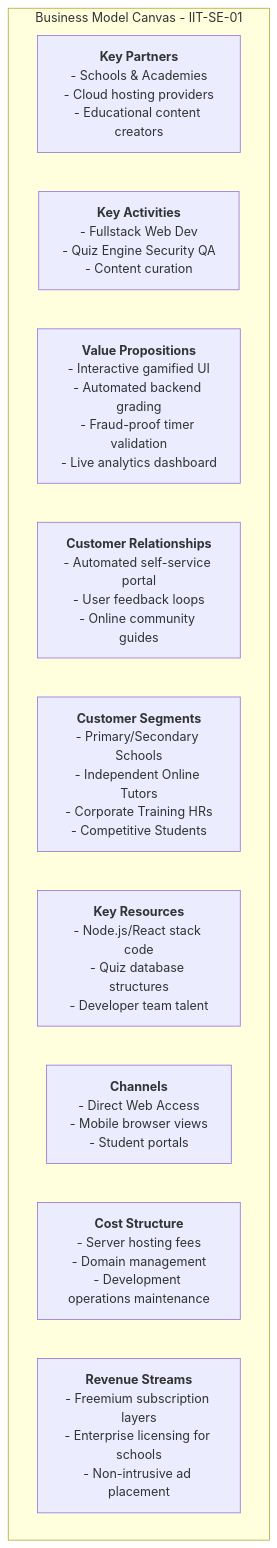
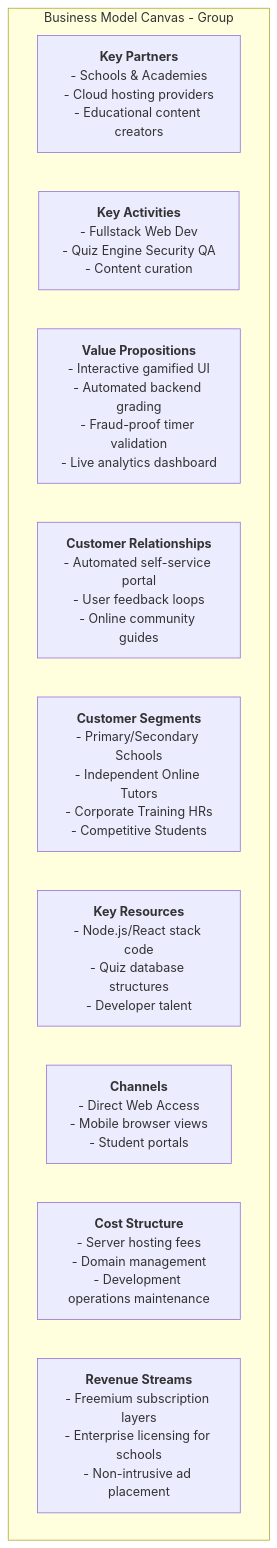
The second of 5 diagrams in docs/assignment/group_report.md (vidurapriyadarshana/SDGP_CW), drawn with Mermaid before and after one commit. The commit also changed other lines of this file and 7 other files, not shown here.

````diff
--- a/docs/assignment/group_report.md
+++ b/docs/assignment/group_report.md
@@ -199,15 +209,15 @@
 ```mermaid
 graph TB
-    subgraph "Business Model Canvas - IIT-SE-01"
+    subgraph "Business Model Canvas - Group"
         direction LR
         KP[<b>Key Partners</b><br>- Schools & Academies<br>- Cloud hosting providers<br>- Educational content creators]
         KA[<b>Key Activities</b><br>- Fullstack Web Dev<br>- Quiz Engine Security QA<br>- Content curation]
         VP[<b>Value Propositions</b><br>- Interactive gamified UI<br>- Automated backend grading<br>- Fraud-proof timer validation<br>- Live analytics dashboard]
         CR[<b>Customer Relationships</b><br>- Automated self-service portal<br>- User feedback loops<br>- Online community guides]
         CS[<b>Customer Segments</b><br>- Primary/Secondary Schools<br>- Independent Online Tutors<br>- Corporate Training HRs<br>- Competitive Students]
-        KR[<b>Key Resources</b><br>- Node.js/React stack code<br>- Quiz database structures<br>- Developer team talent]
+        KR[<b>Key Resources</b><br>- Node.js/React stack code<br>- Quiz database structures<br>- Developer talent]
         CH[<b>Channels</b><br>- Direct Web Access<br>- Mobile browser views<br>- Student portals]
         CST[<b>Cost Structure</b><br>- Server hosting fees<br>- Domain management<br>- Development operations maintenance]
         REV[<b>Revenue Streams</b><br>- Freemium subscription layers<br>- Enterprise licensing for schools<br>- Non-intrusive ad placement]
     end
 ```
````
